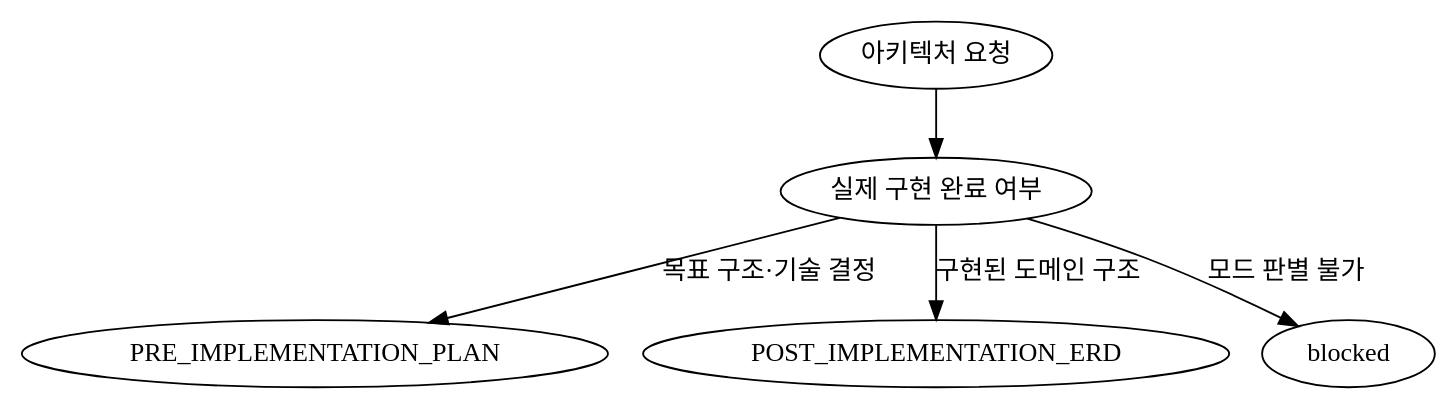
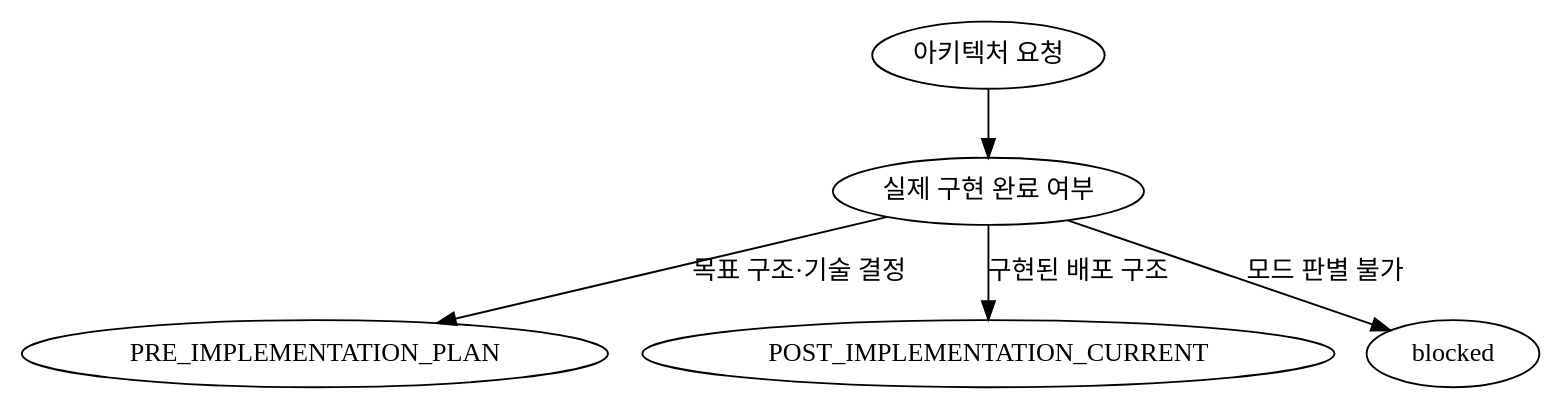
Before and after one commit to NohYusung/yusung-harness: the diagram in .codex/agents/architect/architect.md, drawn with Graphviz. The commit also changed other lines of this file and 65 other files, not shown here.

Commit message:
feat: unify architecture plan and production

````diff
--- a/.codex/agents/architect/architect.md
+++ b/.codex/agents/architect/architect.md
@@ -33,14 +33,14 @@
 ```dot
 digraph architect_mode_selection {
   request [label="아키텍처 요청"];
   implementation [label="실제 구현 완료 여부"];
   plan [label="PRE_IMPLEMENTATION_PLAN"];
-  erd [label="POST_IMPLEMENTATION_ERD"];
+  current [label="POST_IMPLEMENTATION_CURRENT"];
   blocked [label="blocked"];
 
   request -> implementation;
   implementation -> plan [label="목표 구조·기술 결정"];
-  implementation -> erd [label="구현된 도메인 구조"];
+  implementation -> current [label="구현된 배포 구조"];
   implementation -> blocked [label="모드 판별 불가"];
 }
 ```
````
